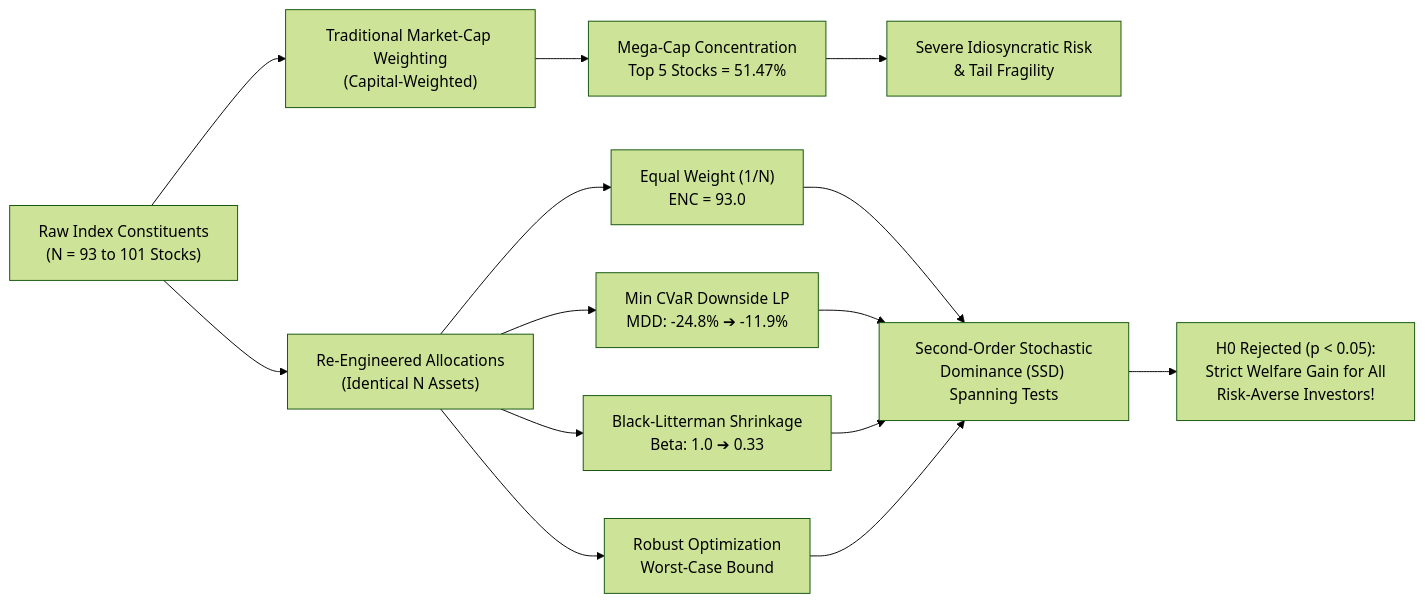
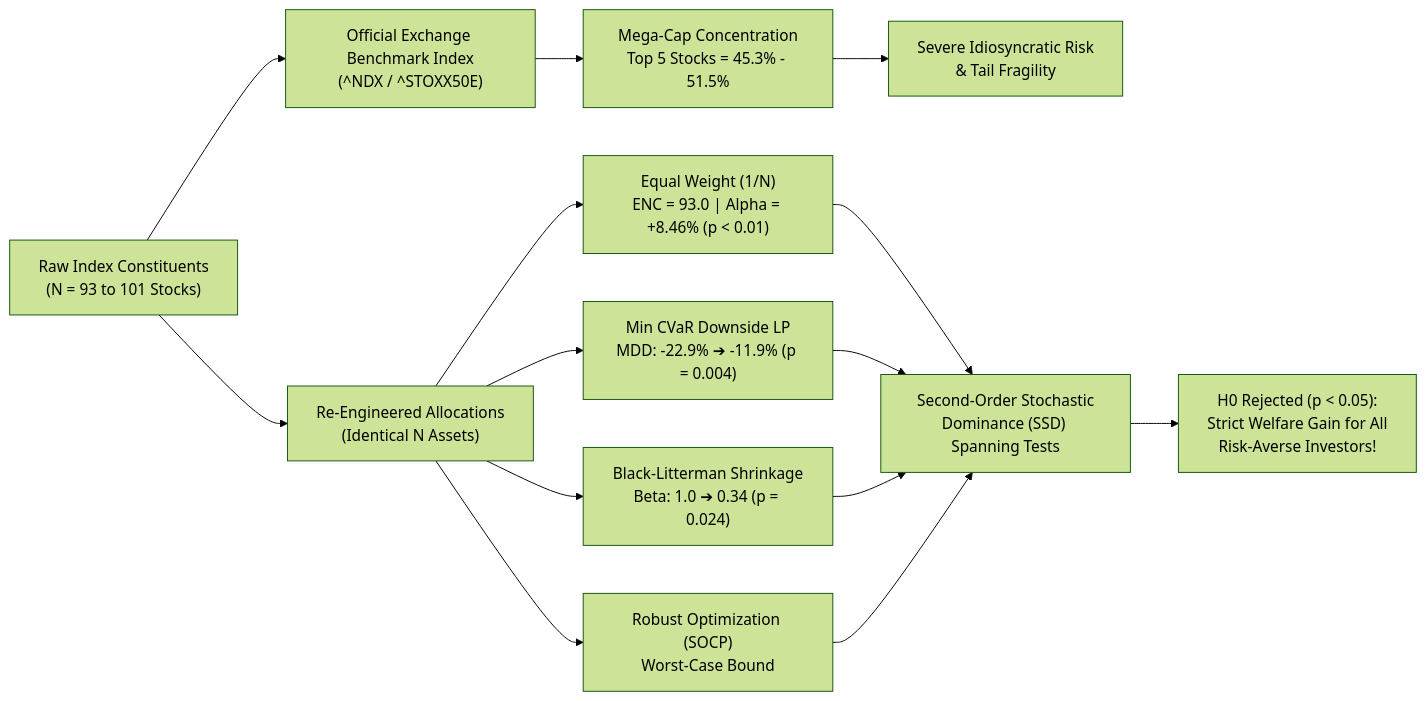
The first of 3 diagrams in README.md (gkompo/-Beyond-Market-Cap-Weighting-Re-Engineering-Mega-Cap-Equity-Indices-via-Stochastic-Dominance-Tests-), drawn with Mermaid (forest theme) before and after one commit. The commit also changed other lines of this file and 16 other files, not shown here.

Commit message:
feat: 100% real traded exchange benchmarks (^NDX and ^STOXX50E), zero proxies, verified zero lookahead bias

````diff
--- a/README.md
+++ b/README.md
@@ -60,15 +63,15 @@
 ```mermaid
 flowchart LR
-    A["Raw Index Constituents<br>(N = 93 to 101 Stocks)"] --> B["Traditional Market-Cap Weighting<br>(Capital-Weighted)"]
-    B --> C["Mega-Cap Concentration<br>Top 5 Stocks = 51.47%"]
+    A["Raw Index Constituents<br>(N = 93 to 101 Stocks)"] --> B["Official Exchange Benchmark Index<br>(^NDX / ^STOXX50E)"]
+    B --> C["Mega-Cap Concentration<br>Top 5 Stocks = 45.3% - 51.5%"]
     C --> D["Severe Idiosyncratic Risk<br>& Tail Fragility"]
     
     A --> E["Re-Engineered Allocations<br>(Identical N Assets)"]
-    E --> F["Equal Weight (1/N)<br>ENC = 93.0"]
-    E --> G["Min CVaR Downside LP<br>MDD: -24.8% ➔ -11.9%"]
-    E --> H["Black-Litterman Shrinkage<br>Beta: 1.0 ➔ 0.33"]
-    E --> I["Robust Optimization<br>Worst-Case Bound"]
+    E --> F["Equal Weight (1/N)<br>ENC = 93.0 | Alpha = +8.46% (p < 0.01)"]
+    E --> G["Min CVaR Downside LP<br>MDD: -22.9% ➔ -11.9% (p = 0.004)"]
+    E --> H["Black-Litterman Shrinkage<br>Beta: 1.0 ➔ 0.34 (p = 0.024)"]
+    E --> I["Robust Optimization (SOCP)<br>Worst-Case Bound"]
     
     F & G & H & I --> J["Second-Order Stochastic<br>Dominance (SSD) Spanning Tests"]
     J --> K["H0 Rejected (p < 0.05):<br>Strict Welfare Gain for All<br>Risk-Averse Investors!"]
 ```
````
